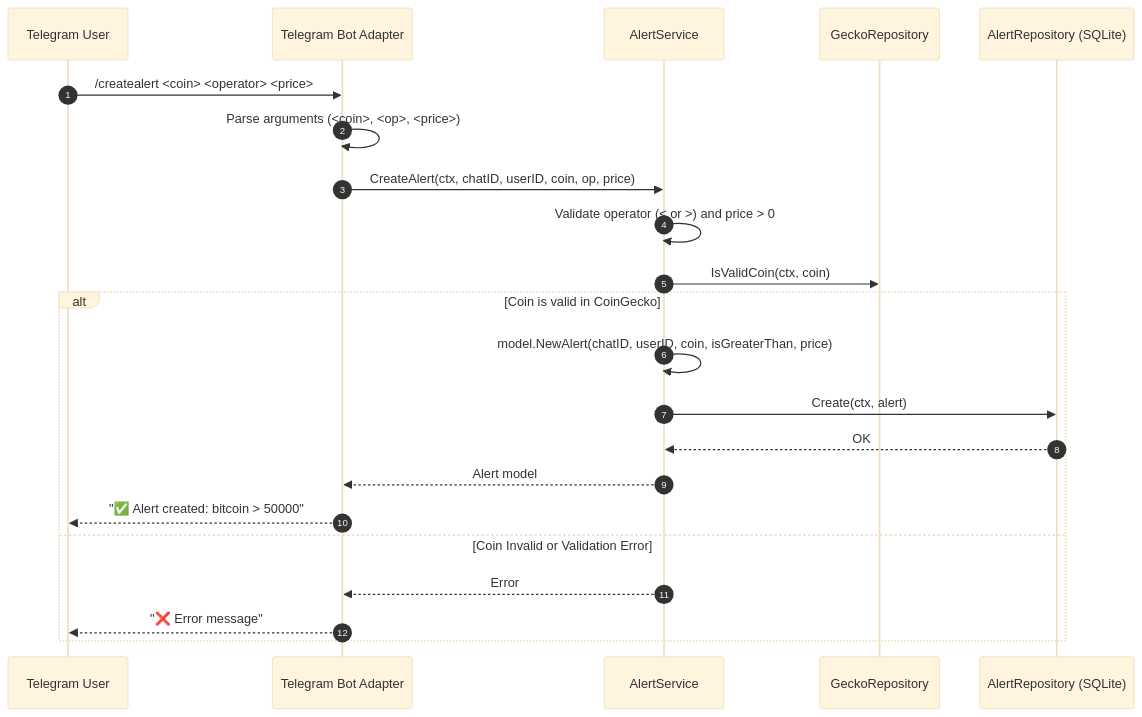
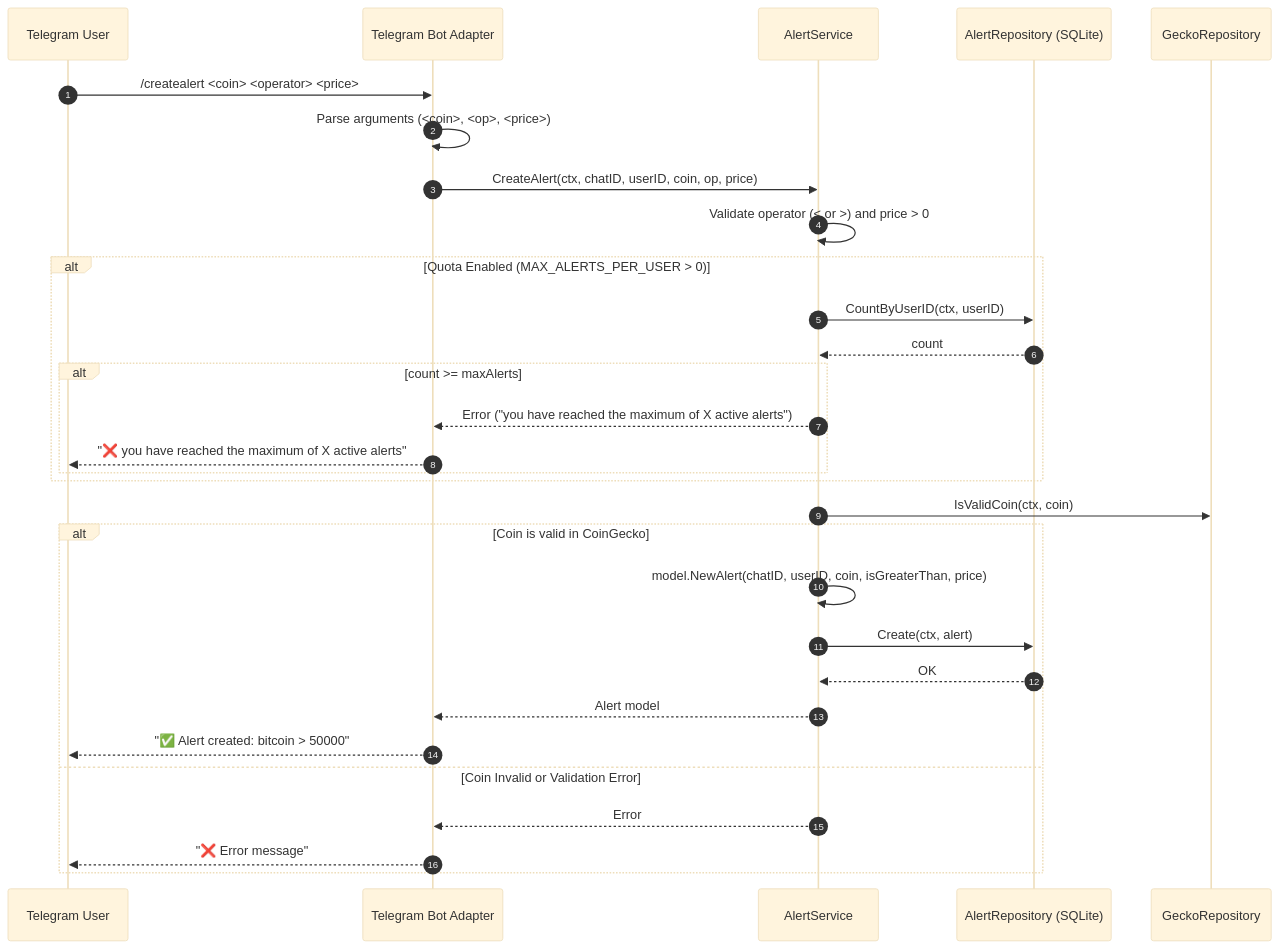
Before and after one commit to wyveriano/crypto-record-bot: the fifth of 8 diagrams in README.md, drawn with Mermaid (base theme). The commit also changed other lines of this file and 13 other files, not shown here.

Commit message:
feat: add guard rate limiter and per-user alert quota for public deployment

````diff
--- a/README.md
+++ b/README.md
@@ -270,25 +290,33 @@
 ```mermaid
 sequenceDiagram
     autonumber
     participant User as Telegram User
     participant Bot as Telegram Bot Adapter
     participant AS as AlertService
+    participant DB as AlertRepository (SQLite)
     participant Repo as GeckoRepository
-    participant DB as AlertRepository (SQLite)
 
     User->>Bot: /createalert <coin> <operator> <price>
     Bot->>Bot: Parse arguments (<coin>, <op>, <price>)
     Bot->>AS: CreateAlert(ctx, chatID, userID, coin, op, price)
     AS->>AS: Validate operator (< or >) and price > 0
+    alt Quota Enabled (MAX_ALERTS_PER_USER > 0)
+        AS->>DB: CountByUserID(ctx, userID)
+        DB-->>AS: count
+        alt count >= maxAlerts
+            AS-->>Bot: Error ("you have reached the maximum of X active alerts")
+            Bot-->>User: "❌ you have reached the maximum of X active alerts"
+        end
+    end
     AS->>Repo: IsValidCoin(ctx, coin)
     alt Coin is valid in CoinGecko
         AS->>AS: model.NewAlert(chatID, userID, coin, isGreaterThan, price)
         AS->>DB: Create(ctx, alert)
         DB-->>AS: OK
         AS-->>Bot: Alert model
         Bot-->>User: "✅ Alert created: bitcoin > 50000"
     else Coin Invalid or Validation Error
         AS-->>Bot: Error
         Bot-->>User: "❌ Error message"
     end
 ```
````
